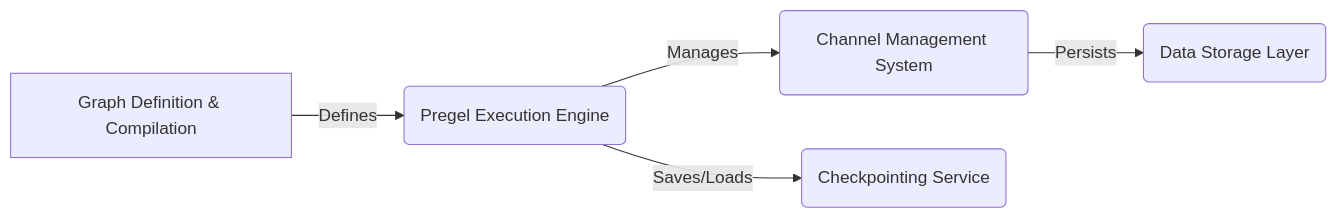
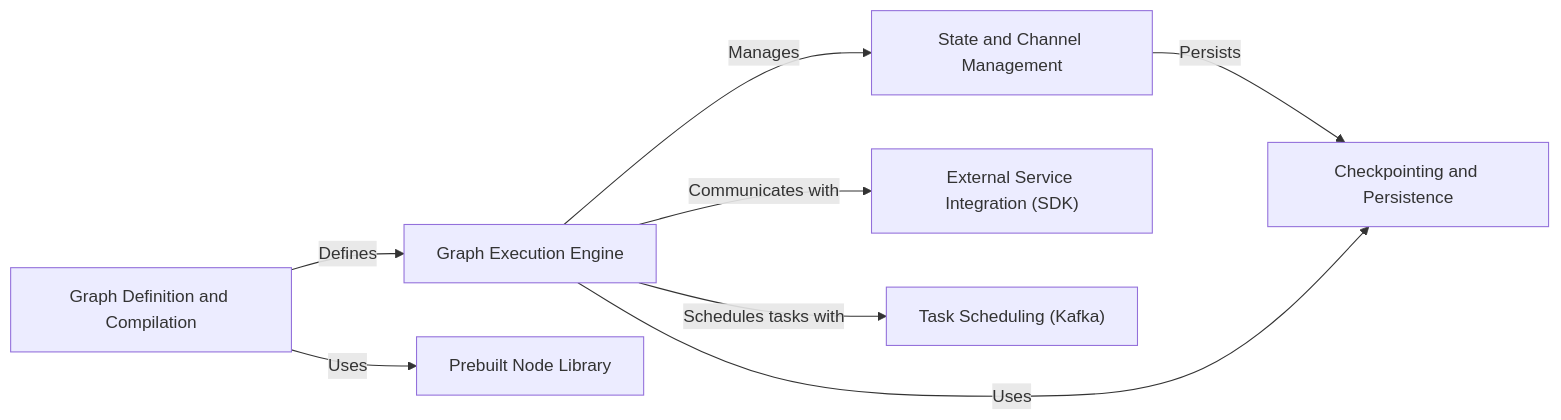
The diagram in langgraph/on_boarding.md (CodeBoarding/GeneratedOnBoardings), drawn with Mermaid before and after one commit. The commit also changed other lines of this file and 12 other files, not shown here.

````diff
--- a/langgraph/on_boarding.md
+++ b/langgraph/on_boarding.md
@@ -5,13 +1,24 @@
 ```mermaid
 graph LR
-    A[Graph Definition & Compilation] -- Defines --> B(Pregel Execution Engine)
-    B -- Manages --> C(Channel Management System)
-    C -- Persists --> D(Data Storage Layer)
-    B -- Saves/Loads --> E(Checkpointing Service)
-
-click A href "https://github.com/CodeBoarding/GeneratedOnBoardings/blob/main/langgraph//Graph Definition & Compilation.md"
-click B href "https://github.com/CodeBoarding/GeneratedOnBoardings/blob/main/langgraph//Pregel Execution Engine.md"
-click C href "https://github.com/CodeBoarding/GeneratedOnBoardings/blob/main/langgraph//Channel Management System.md"
-click D href "https://github.com/CodeBoarding/GeneratedOnBoardings/blob/main/langgraph//Data Storage Layer.md"
-click E href "https://github.com/CodeBoarding/GeneratedOnBoardings/blob/main/langgraph//Checkpointing Service.md"
+    Graph_Definition_and_Compilation["Graph Definition and Compilation"]
+    Graph_Execution_Engine["Graph Execution Engine"]
+    State_and_Channel_Management["State and Channel Management"]
+    Checkpointing_and_Persistence["Checkpointing and Persistence"]
+    Prebuilt_Node_Library["Prebuilt Node Library"]
+    External_Service_Integration_SDK_["External Service Integration (SDK)"]
+    Task_Scheduling_Kafka_["Task Scheduling (Kafka)"]
+    Graph_Definition_and_Compilation -- "Defines" --> Graph_Execution_Engine
+    Graph_Execution_Engine -- "Manages" --> State_and_Channel_Management
+    State_and_Channel_Management -- "Persists" --> Checkpointing_and_Persistence
+    Graph_Definition_and_Compilation -- "Uses" --> Prebuilt_Node_Library
+    Graph_Execution_Engine -- "Communicates with" --> External_Service_Integration_SDK_
+    Graph_Execution_Engine -- "Schedules tasks with" --> Task_Scheduling_Kafka_
+    Graph_Execution_Engine -- "Uses" --> Checkpointing_and_Persistence
+    click Graph_Definition_and_Compilation href "https://github.com/CodeBoarding/GeneratedOnBoardings/blob/main/langgraph/Graph Definition and Compilation.md" "Details"
+    click Graph_Execution_Engine href "https://github.com/CodeBoarding/GeneratedOnBoardings/blob/main/langgraph/Graph Execution Engine.md" "Details"
+    click State_and_Channel_Management href "https://github.com/CodeBoarding/GeneratedOnBoardings/blob/main/langgraph/State and Channel Management.md" "Details"
+    click Checkpointing_and_Persistence href "https://github.com/CodeBoarding/GeneratedOnBoardings/blob/main/langgraph/Checkpointing and Persistence.md" "Details"
+    click Prebuilt_Node_Library href "https://github.com/CodeBoarding/GeneratedOnBoardings/blob/main/langgraph/Prebuilt Node Library.md" "Details"
+    click External_Service_Integration_SDK_ href "https://github.com/CodeBoarding/GeneratedOnBoardings/blob/main/langgraph/External Service Integration (SDK).md" "Details"
+    click Task_Scheduling_Kafka_ href "https://github.com/CodeBoarding/GeneratedOnBoardings/blob/main/langgraph/Task Scheduling (Kafka).md" "Details"
 ```
````
